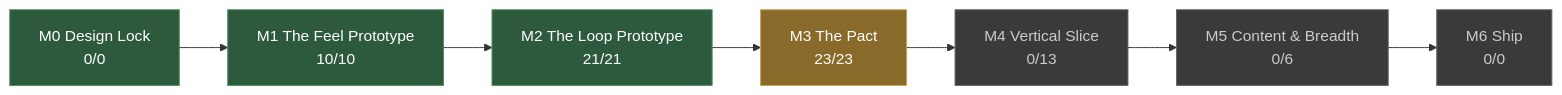
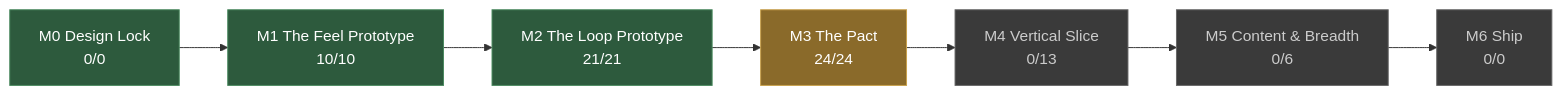
Before and after one commit to JoshuaGessner/she: the diagram in docs/STATUS.md, drawn with Mermaid. The commit also changed other lines of this file and 7 other files, not shown here.

````diff
--- a/docs/STATUS.md
+++ b/docs/STATUS.md
@@ -13,19 +13,19 @@
 ```mermaid
 flowchart LR
   M0["M0 Design Lock<br/>0/0"]:::passed
   M1["M1 The Feel Prototype<br/>10/10"]:::passed
   M0 --> M1
   M2["M2 The Loop Prototype<br/>21/21"]:::passed
   M1 --> M2
-  M3["M3 The Pact<br/>23/23"]:::current
+  M3["M3 The Pact<br/>24/24"]:::current
   M2 --> M3
   M4["M4 Vertical Slice<br/>0/13"]:::ahead
   M3 --> M4
   M5["M5 Content & Breadth<br/>0/6"]:::ahead
   M4 --> M5
   M6["M6 Ship<br/>0/0"]:::ahead
   M5 --> M6
   classDef passed fill:#2d5a3d,stroke:#4a8a5f,color:#fff
   classDef current fill:#8a6a2a,stroke:#c8a04a,color:#fff
   classDef ahead fill:#3a3a3a,stroke:#666,color:#ccc
 ```
````
